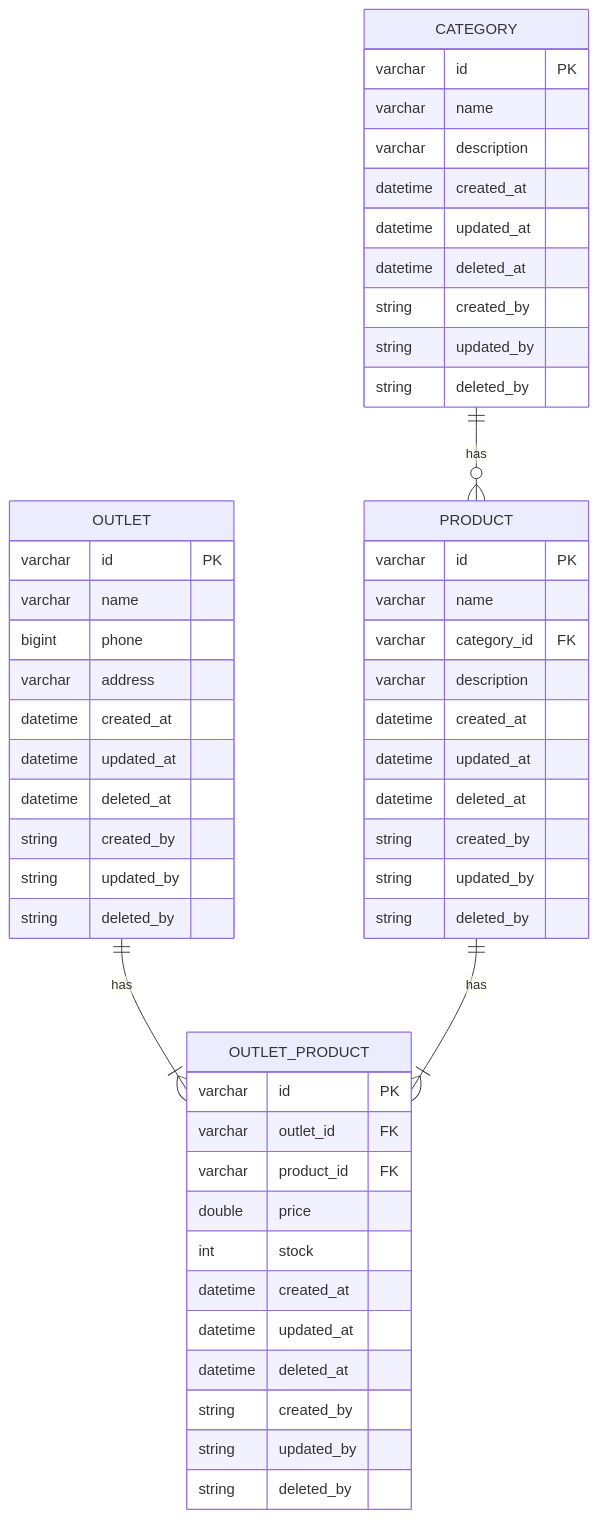
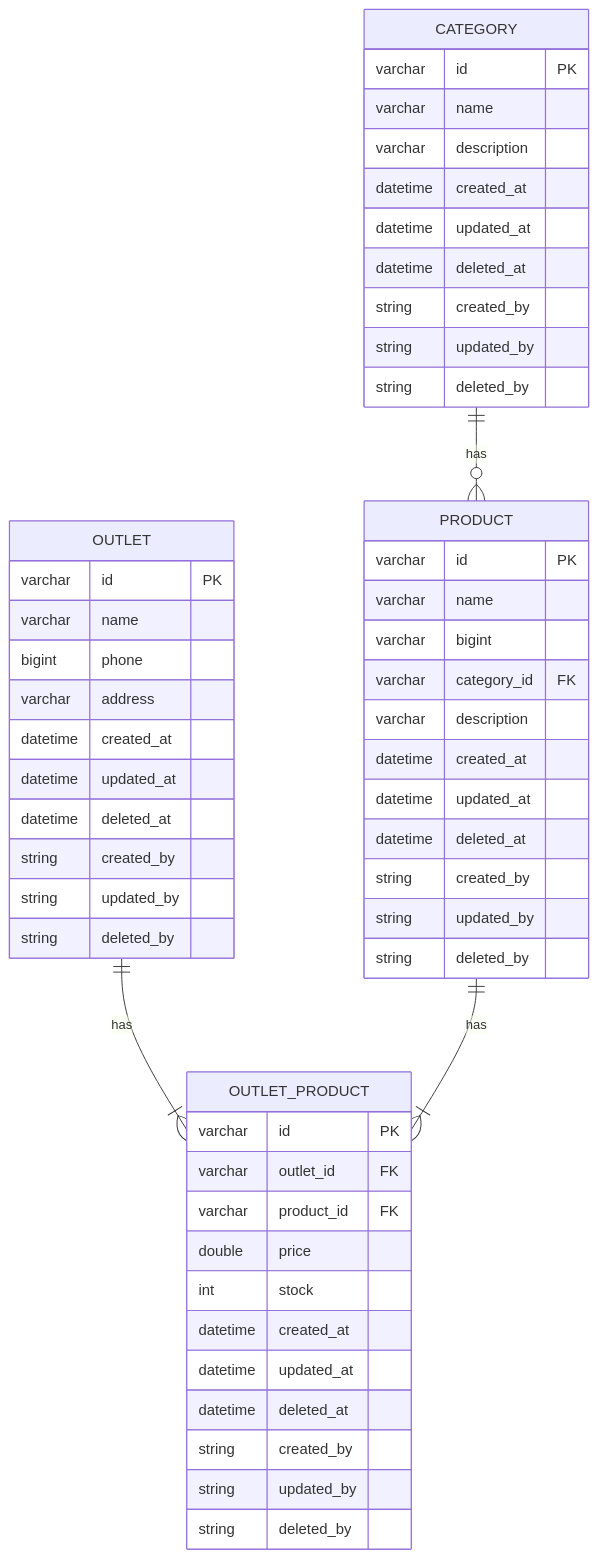
The diagram in MERMAID.md (upgradeskill/fp2022-crm-j-team), drawn with Mermaid before and after one commit. The commit also changed 1 other file, not shown here.

Commit message:
achieve: add model product

````diff
--- a/MERMAID.md
+++ b/MERMAID.md
@@ -3,55 +3,56 @@
 ```mermaid
 erDiagram
     OUTLET ||--|{ OUTLET_PRODUCT : has
     OUTLET {
         varchar id PK
         varchar name
         bigint phone
         varchar address
         datetime created_at
         datetime updated_at
         datetime deleted_at
         string created_by
         string updated_by
         string deleted_by
     }
     CATEGORY ||--o{ PRODUCT : has
     CATEGORY {
         varchar id PK
         varchar name
         varchar description
         datetime created_at
         datetime updated_at
         datetime deleted_at
         string created_by
         string updated_by
         string deleted_by
     }
     PRODUCT ||--|{ OUTLET_PRODUCT : has
     PRODUCT {
         varchar id PK
         varchar name
+        varchar bigint
         varchar category_id FK
         varchar description
         datetime created_at
         datetime updated_at
         datetime deleted_at
         string created_by
         string updated_by
         string deleted_by
     }
     OUTLET_PRODUCT
     OUTLET_PRODUCT {
         varchar id PK
         varchar outlet_id FK
         varchar product_id FK
         double price
         int stock
         datetime created_at
         datetime updated_at
         datetime deleted_at
         string created_by
         string updated_by
         string deleted_by
     }
 ```
````
